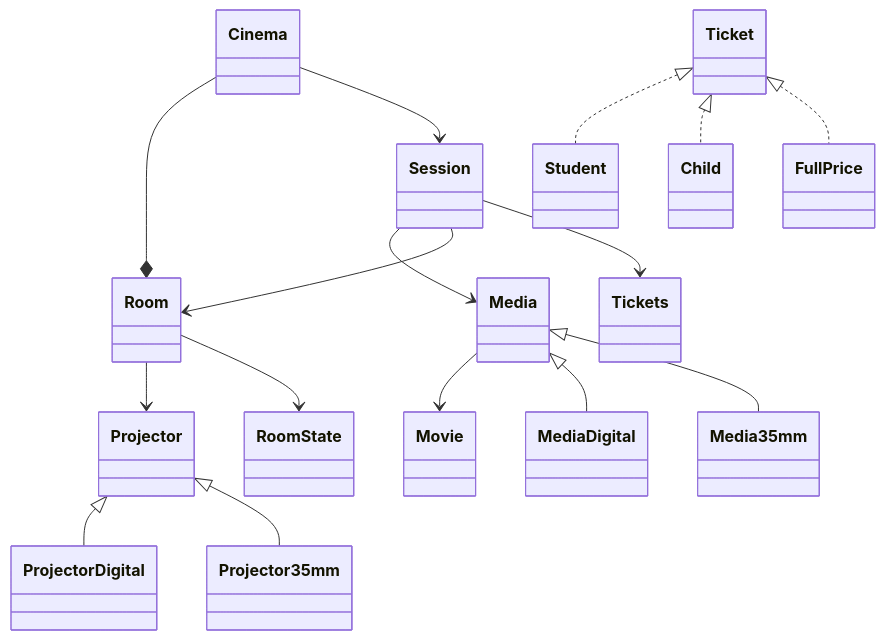
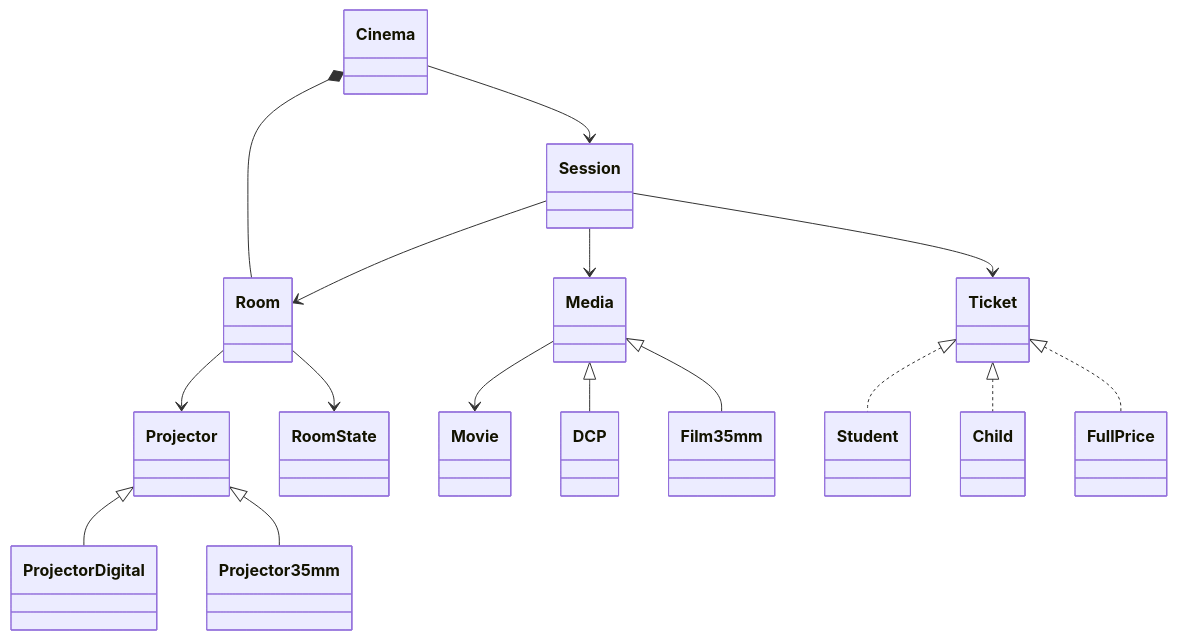
The diagram in GLOSSAIRE.md (tlombardot/modelisation-poo-cinecoda), drawn with Mermaid before and after one commit. The commit also changed other lines of this file, not shown here.

````diff
--- a/GLOSSAIRE.md
+++ b/GLOSSAIRE.md
@@ -30,23 +44,23 @@
 ```mermaid
 classDiagram
-    Cinema --* Room
+    Cinema *-- Room
     Cinema --> Session
 
     Room --> Projector
     Room --> RoomState
 
     Projector <|-- ProjectorDigital
     Projector <|-- Projector35mm
 
     Media --> Movie
-    Media <|-- MediaDigital
-    Media <|-- Media35mm
+    Media <|-- DCP
+    Media <|-- Film35mm
 
     Session --> Media
     Session --> Room
-    Session --> Tickets
+    Session --> Ticket
     
     Ticket <|.. Student
     Ticket <|.. Child
     Ticket <|.. FullPrice
 ```
````
